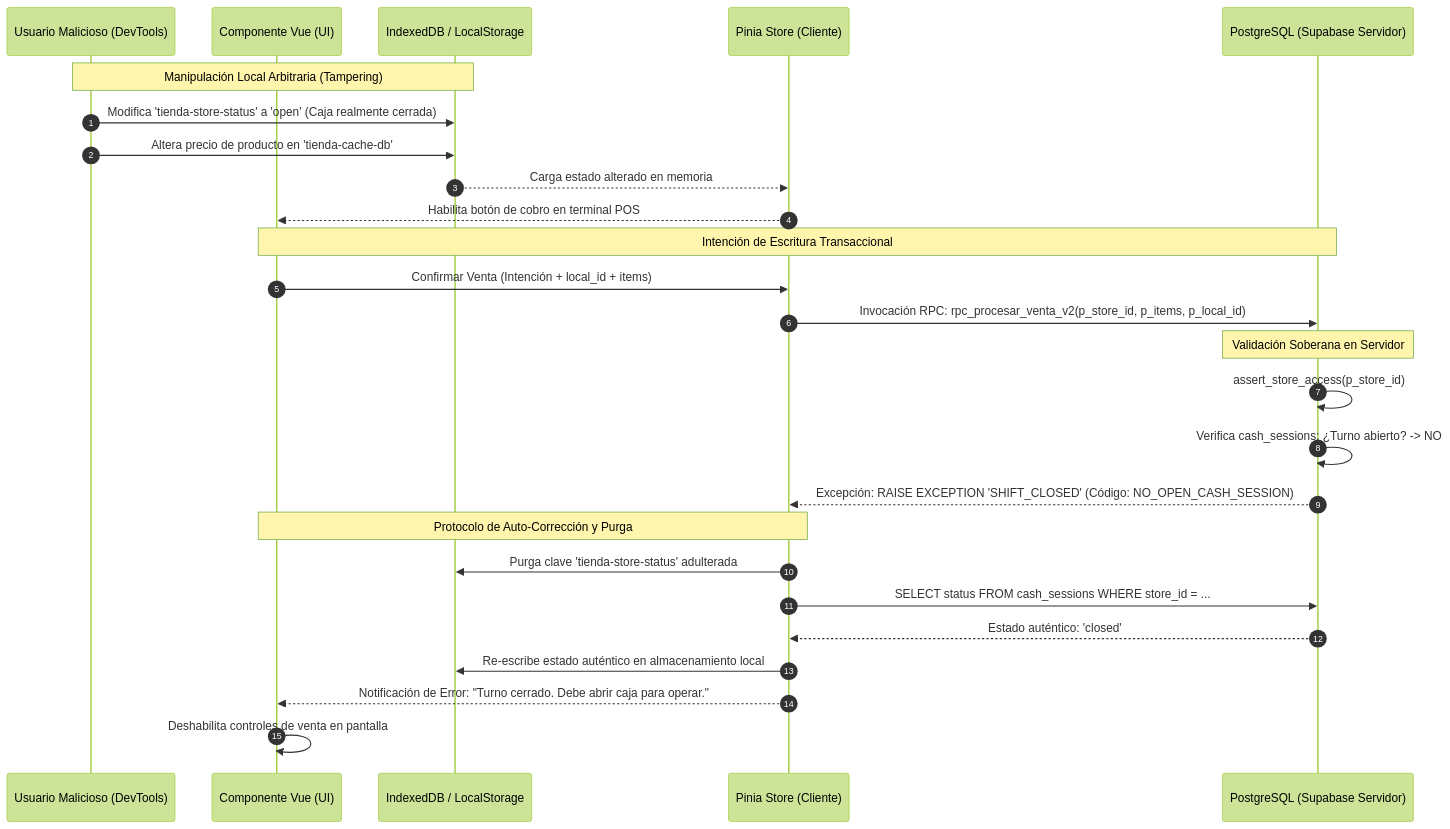
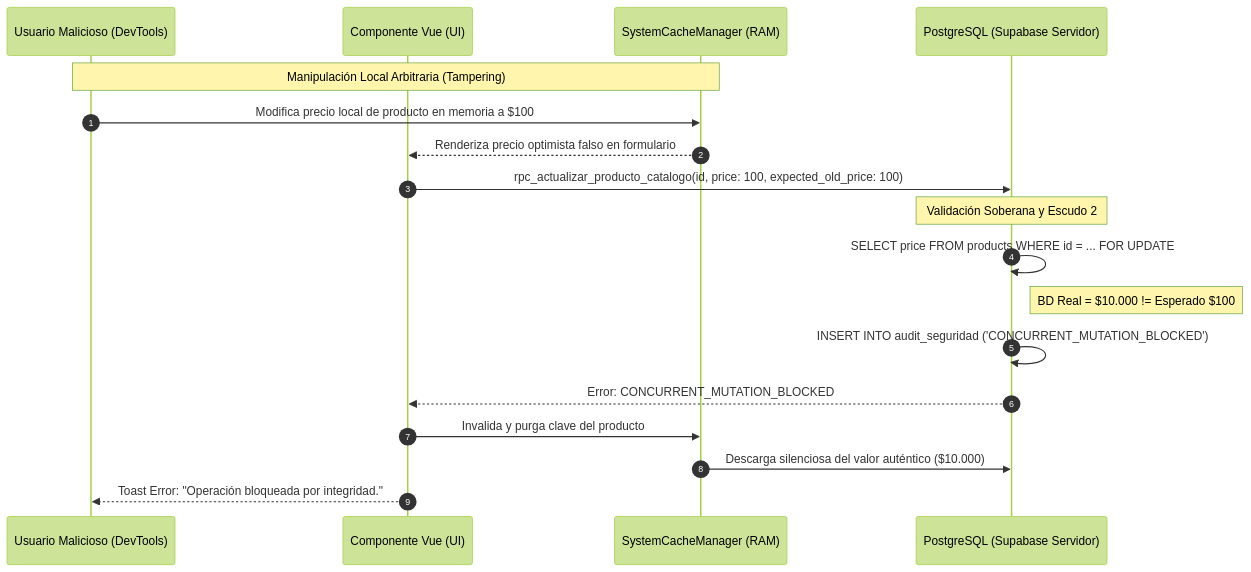
Before and after one commit to YamirJCF/tienda-barrio-pro: the second of 3 diagrams in documentation/01_requirements/SDD/SDD_028_ALMACENAMIENTO_LOCAL.md, drawn with Mermaid (forest theme). The commit also changed other lines of this file and 8 other files, not shown here.

````diff
--- a/documentation/01_requirements/SDD/SDD_028_ALMACENAMIENTO_LOCAL.md
+++ b/documentation/01_requirements/SDD/SDD_028_ALMACENAMIENTO_LOCAL.md
@@ -109,31 +113,21 @@
 ```mermaid
 sequenceDiagram
     autonumber
     participant DEV as Usuario Malicioso (DevTools)
     participant UI as Componente Vue (UI)
-    participant IDB as IndexedDB / LocalStorage
-    participant STORE as Pinia Store (Cliente)
+    participant RAM as SystemCacheManager (RAM)
     participant DB as PostgreSQL (Supabase Servidor)
 
-    Note over DEV, IDB: Manipulación Local Arbitraria (Tampering)
-    DEV->>IDB: Modifica 'tienda-store-status' a 'open' (Caja realmente cerrada)
-    DEV->>IDB: Altera precio de producto en 'tienda-cache-db'
-    IDB-->>STORE: Carga estado alterado en memoria
-    STORE-->>UI: Habilita botón de cobro en terminal POS
-
-    Note over UI, DB: Intención de Escritura Transaccional
-    UI->>STORE: Confirmar Venta (Intención + local_id + items)
-    STORE->>DB: Invocación RPC: rpc_procesar_venta_v2(p_store_id, p_items, p_local_id)
-    Note over DB: Validación Soberana en Servidor
-    DB->>DB: assert_store_access(p_store_id)
-    DB->>DB: Verifica cash_sessions: ¿Turno abierto? -> NO
-    DB-->>STORE: Excepción: RAISE EXCEPTION 'SHIFT_CLOSED' (Código: NO_OPEN_CASH_SESSION)
-
-    Note over STORE, UI: Protocolo de Auto-Corrección y Purga
-    STORE->>IDB: Purga clave 'tienda-store-status' adulterada
-    STORE->>DB: SELECT status FROM cash_sessions WHERE store_id = ...
-    DB-->>STORE: Estado auténtico: 'closed'
-    STORE->>IDB: Re-escribe estado auténtico en almacenamiento local
-    STORE-->>UI: Notificación de Error: "Turno cerrado. Debe abrir caja para operar."
-    UI->>UI: Deshabilita controles de venta en pantalla
+    Note over DEV, RAM: Manipulación Local Arbitraria (Tampering)
+    DEV->>RAM: Modifica precio local de producto en memoria a $100
+    RAM-->>UI: Renderiza precio optimista falso en formulario
+    UI->>DB: rpc_actualizar_producto_catalogo(id, price: 100, expected_old_price: 100)
+    Note over DB: Validación Soberana y Escudo 2
+    DB->>DB: SELECT price FROM products WHERE id = ... FOR UPDATE
+    Note right of DB: BD Real = $10.000 != Esperado $100
+    DB->>DB: INSERT INTO audit_seguridad ('CONCURRENT_MUTATION_BLOCKED')
+    DB-->>UI: Error: CONCURRENT_MUTATION_BLOCKED
+    UI->>RAM: Invalida y purga clave del producto
+    RAM->>DB: Descarga silenciosa del valor auténtico ($10.000)
+    UI-->>DEV: Toast Error: "Operación bloqueada por integridad."
 ```
````
